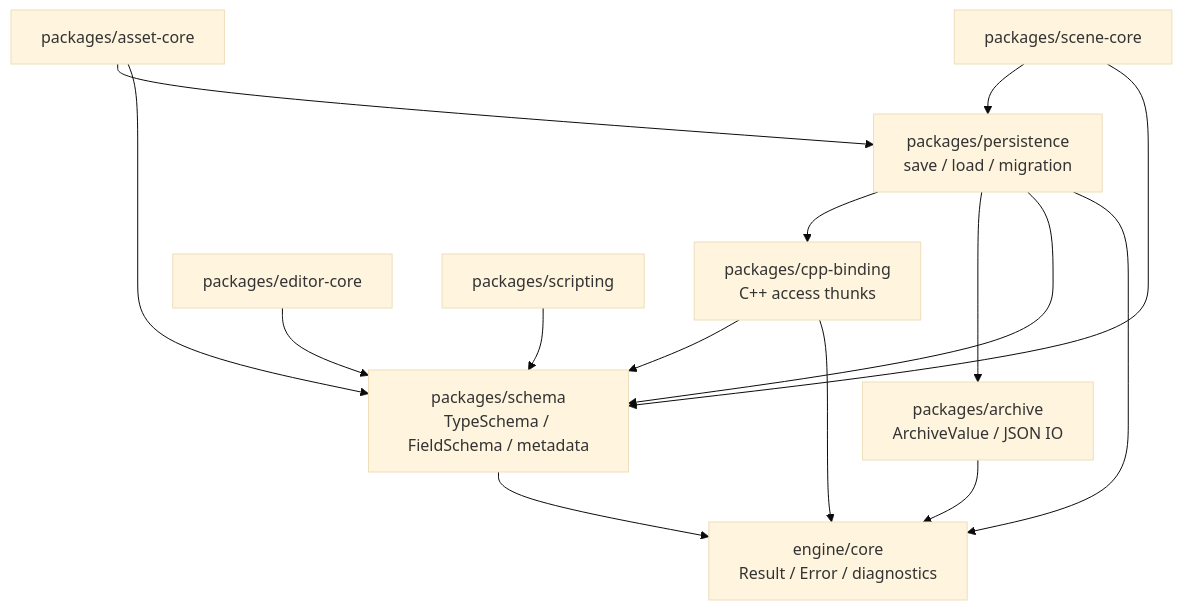
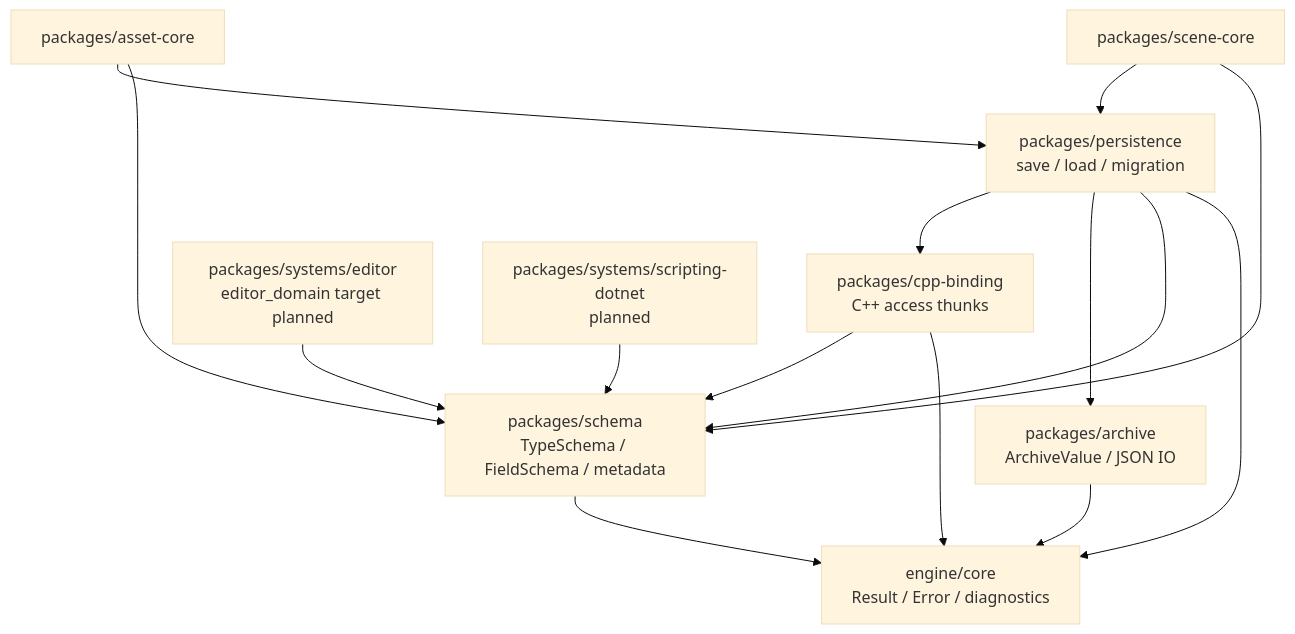
Before and after one commit to 66six11/Engine: the first of 3 diagrams in docs/systems/reflection-serialization.md, drawn with Mermaid (base theme). The commit also changed 24 other files, not shown here.

Commit message:
docs: define package-first system architecture

````diff
--- a/docs/systems/reflection-serialization.md
+++ b/docs/systems/reflection-serialization.md
@@ -97,27 +97,27 @@
 ```mermaid
 flowchart TD
     Core["engine/core<br/>Result / Error / diagnostics"]
     Schema["packages/schema<br/>TypeSchema / FieldSchema / metadata"]
     Archive["packages/archive<br/>ArchiveValue / JSON IO"]
     Binding["packages/cpp-binding<br/>C++ access thunks"]
     Persistence["packages/persistence<br/>save / load / migration"]
     Scene["packages/scene-core"]
     Asset["packages/asset-core"]
-    Editor["packages/editor-core"]
-    Scripting["packages/scripting"]
+    Editor["packages/systems/editor<br/>editor_domain target planned"]
+    Scripting["packages/systems/scripting-dotnet<br/>planned"]
 
     Schema --> Core
     Archive --> Core
     Binding --> Core
     Binding --> Schema
     Persistence --> Core
     Persistence --> Schema
     Persistence --> Archive
     Persistence --> Binding
     Scene --> Schema
     Scene --> Persistence
     Asset --> Schema
     Asset --> Persistence
     Editor --> Schema
     Scripting --> Schema
 ```
````
